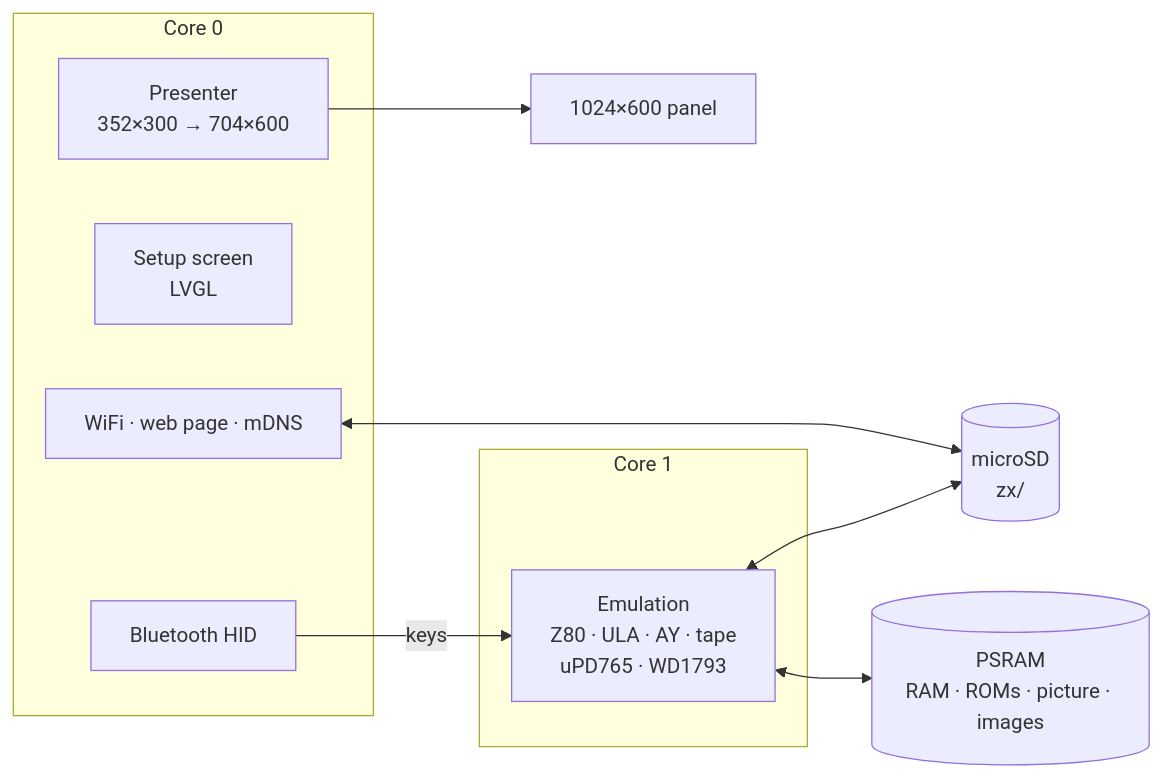
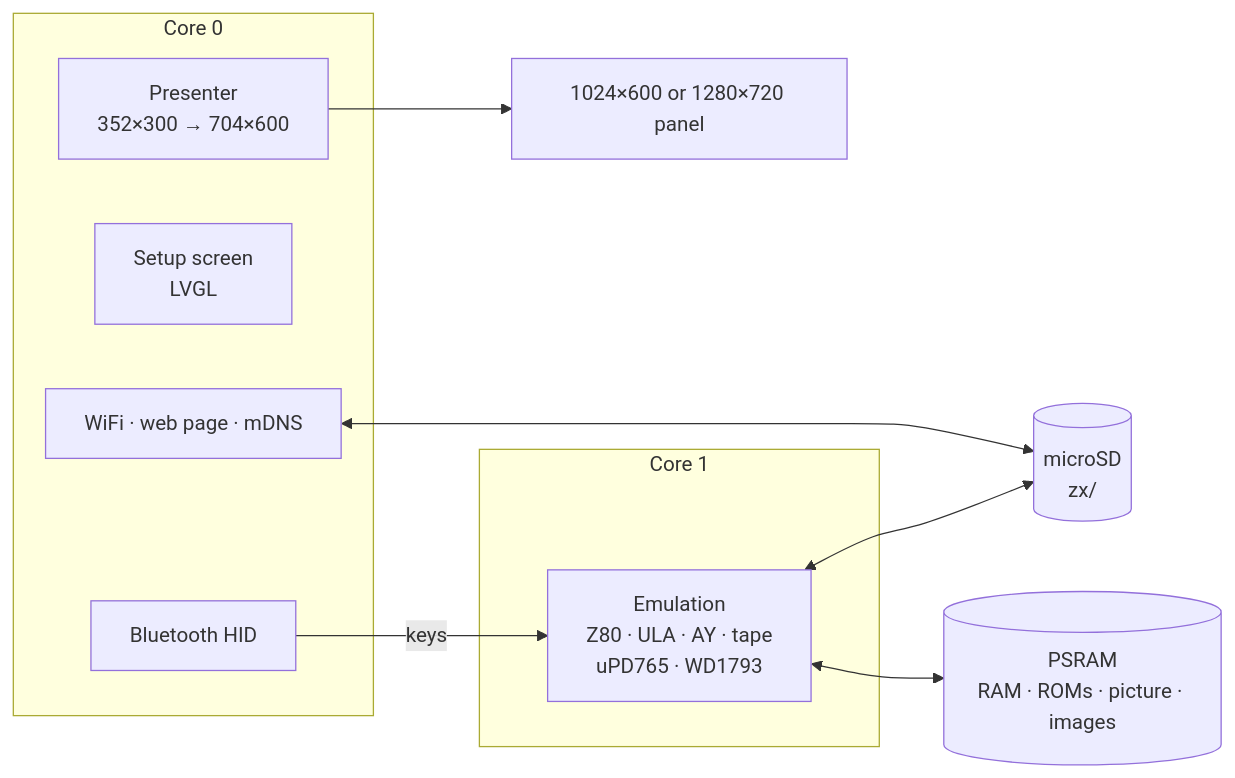
One commit to rlucencic/esp32zx changed the diagram in README.md. Above: the diagram before and after it, drawn with Mermaid. The commit also changed other lines of this file and 3 other files, not shown here.

````diff
--- a/README.md
+++ b/README.md
@@ -179,19 +185,19 @@
 ```mermaid
 flowchart LR
   subgraph core1 [Core 1]
     EMU["Emulation<br>Z80 · ULA · AY · tape<br>uPD765 · WD1793"]
   end
   subgraph core0 [Core 0]
     PRES[Presenter<br>352×300 → 704×600]
     UI[Setup screen<br>LVGL]
     NET[WiFi · web page · mDNS]
     BLE[Bluetooth HID]
   end
   PSRAM[(PSRAM<br>RAM · ROMs · picture · images)]
   SD[(microSD<br>zx/)]
   EMU <--> PSRAM
-  PRES --> LCD[1024×600 panel]
+  PRES --> LCD[1024×600 or 1280×720 panel]
   BLE -- keys --> EMU
   EMU <--> SD
   NET <--> SD
 ```
````
